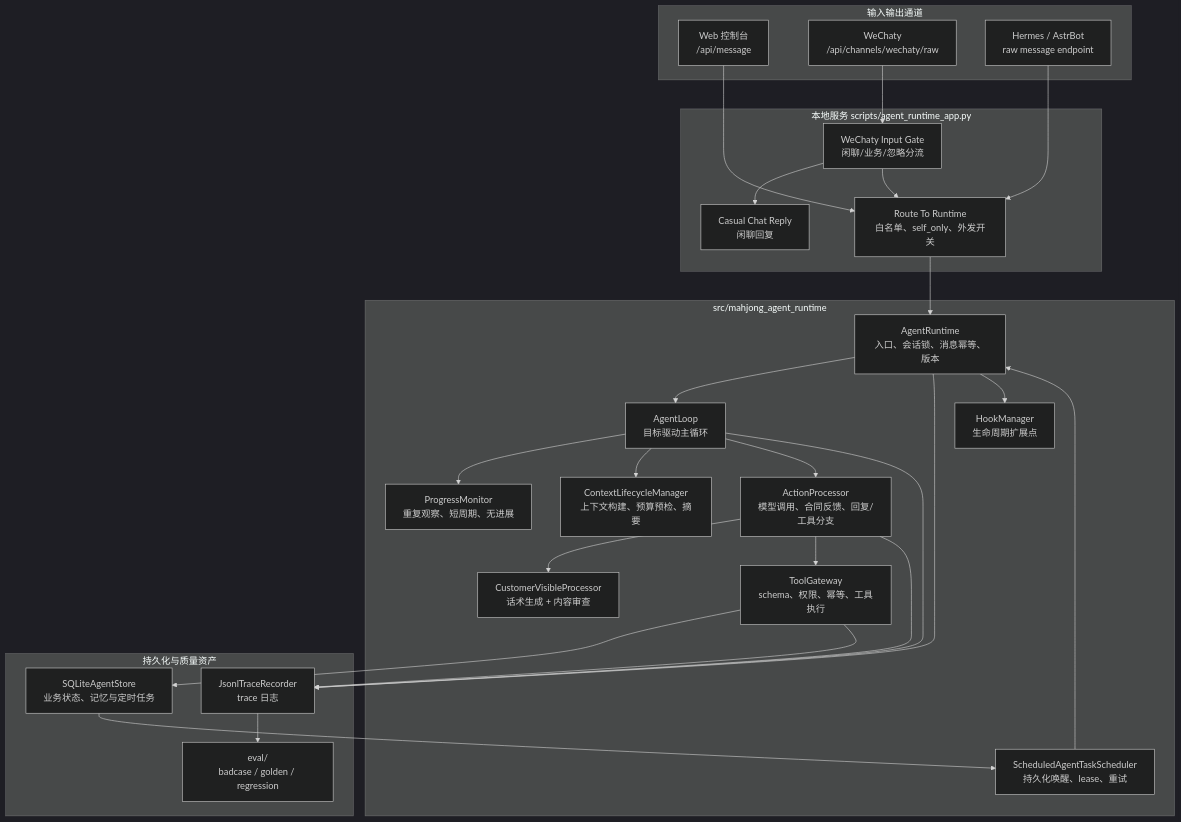
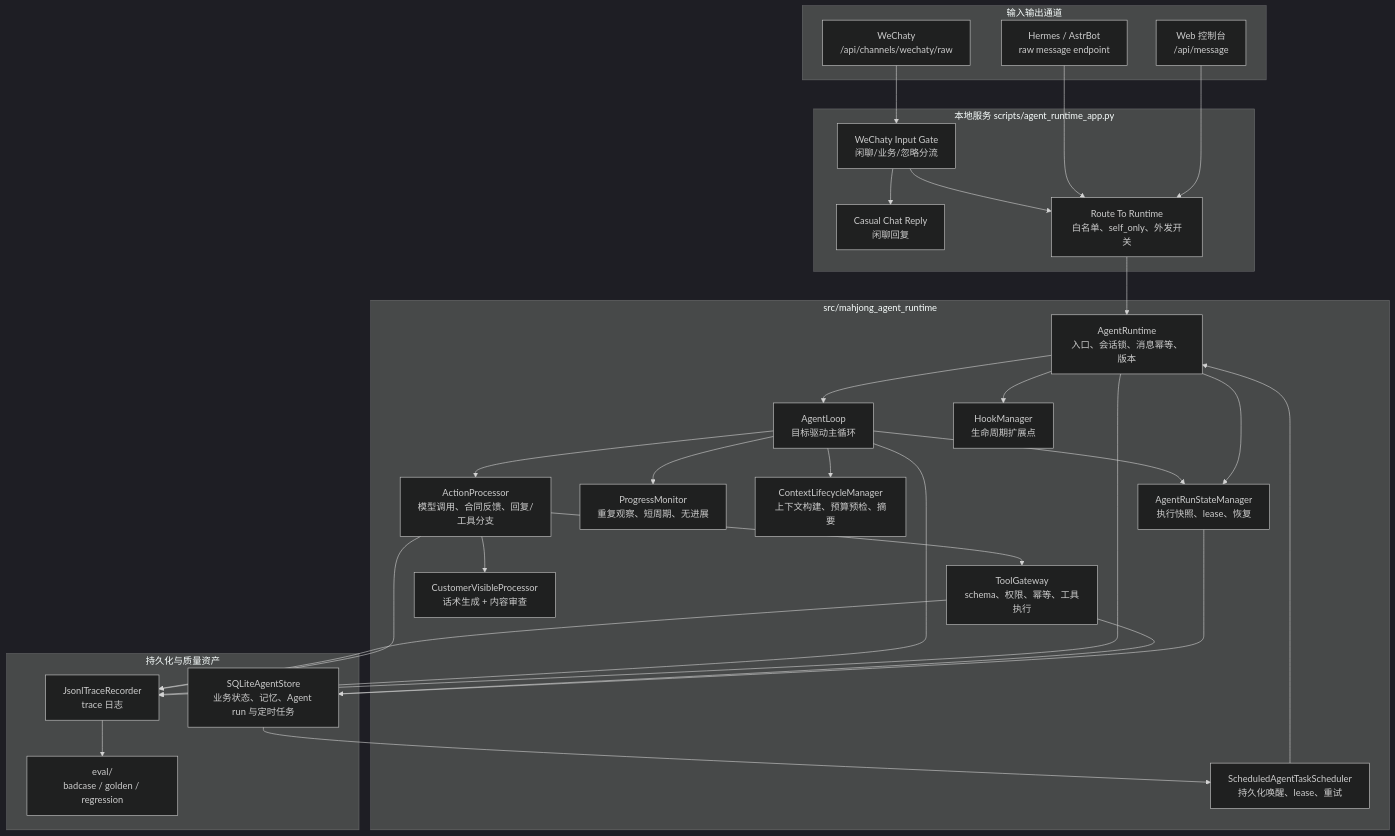
The first of 5 diagrams in docs/runtime_loop_design.md (Schatt3n/mahjong-ops-agent), drawn with Mermaid (dark theme) before and after one commit. The commit also changed other lines of this file and 21 other files, not shown here.

````diff
--- a/docs/runtime_loop_design.md
+++ b/docs/runtime_loop_design.md
@@ -25,54 +25,58 @@
 ```mermaid
 flowchart TB
   subgraph Channel["输入输出通道"]
     web["Web 控制台<br/>/api/message"]
     wechaty["WeChaty<br/>/api/channels/wechaty/raw"]
     hermes["Hermes / AstrBot<br/>raw message endpoint"]
   end
 
   subgraph App["本地服务 scripts/agent_runtime_app.py"]
     gate["WeChaty Input Gate<br/>闲聊/业务/忽略分流"]
     casual["Casual Chat Reply<br/>闲聊回复"]
     route["Route To Runtime<br/>白名单、self_only、外发开关"]
   end
 
   subgraph Runtime["src/mahjong_agent_runtime"]
     runtime["AgentRuntime<br/>入口、会话锁、消息幂等、版本"]
     loop["AgentLoop<br/>目标驱动主循环"]
+    runstate["AgentRunStateManager<br/>执行快照、lease、恢复"]
     progress["ProgressMonitor<br/>重复观察、短周期、无进展"]
     lifecycle["ContextLifecycleManager<br/>上下文构建、预算预检、摘要"]
     processor["ActionProcessor<br/>模型调用、合同反馈、回复/工具分支"]
     gateway["ToolGateway<br/>schema、权限、幂等、工具执行"]
     visible["CustomerVisibleProcessor<br/>话术生成 + 内容审查"]
     hooks["HookManager<br/>生命周期扩展点"]
     scheduler["ScheduledAgentTaskScheduler<br/>持久化唤醒、lease、重试"]
   end
 
   subgraph Storage["持久化与质量资产"]
-    sqlite["SQLiteAgentStore<br/>业务状态、记忆与定时任务"]
+    sqlite["SQLiteAgentStore<br/>业务状态、记忆、Agent run 与定时任务"]
     trace["JsonlTraceRecorder<br/>trace 日志"]
     evals["eval/<br/>badcase / golden / regression"]
   end
 
   web --> route
   wechaty --> gate
   hermes --> route
   gate --> casual
   gate --> route
   route --> runtime
   runtime --> loop
+  runtime --> runstate
+  loop --> runstate
+  runstate --> sqlite
   loop --> progress
   loop --> lifecycle
   loop --> processor
   processor --> visible
   processor --> gateway
   gateway --> sqlite
   runtime --> trace
   loop --> trace
   processor --> trace
   gateway --> trace
   trace --> evals
   runtime --> hooks
   sqlite --> scheduler
   scheduler --> runtime
 ```
````
